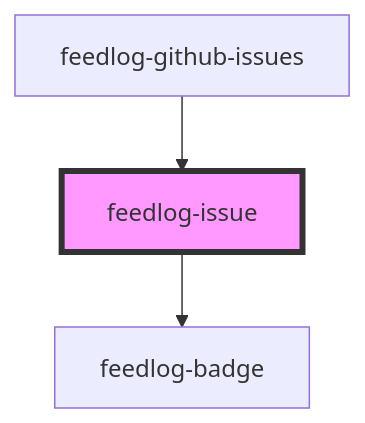
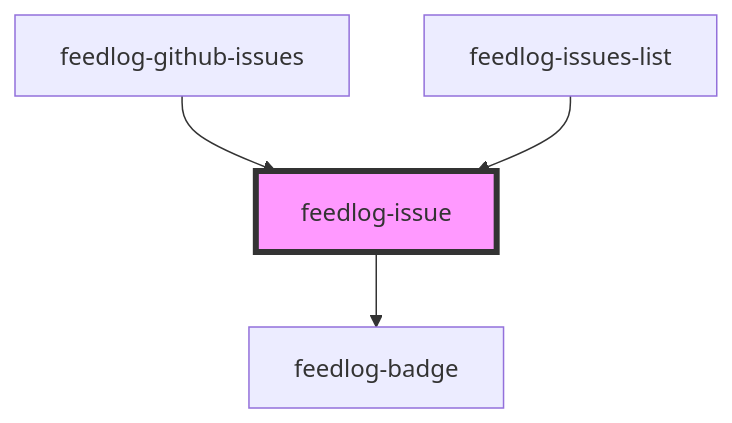
The diagram in packages/webcomponents/src/components/feedlog-issue/readme.md (FeedlogAI/feedlog-toolkit), drawn with Mermaid before and after one commit. The commit also changed other lines of this file and 18 other files, not shown here.

````diff
--- a/packages/webcomponents/src/components/feedlog-issue/readme.md
+++ b/packages/webcomponents/src/components/feedlog-issue/readme.md
@@ -40,6 +101,7 @@
 ```mermaid
 graph TD;
   feedlog-issue --> feedlog-badge
   feedlog-github-issues --> feedlog-issue
+  feedlog-issues-list --> feedlog-issue
   style feedlog-issue fill:#f9f,stroke:#333,stroke-width:4px
 ```
````
